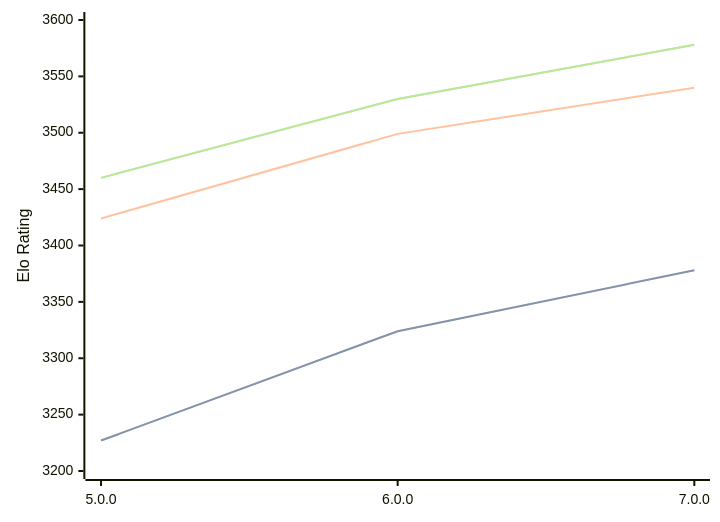
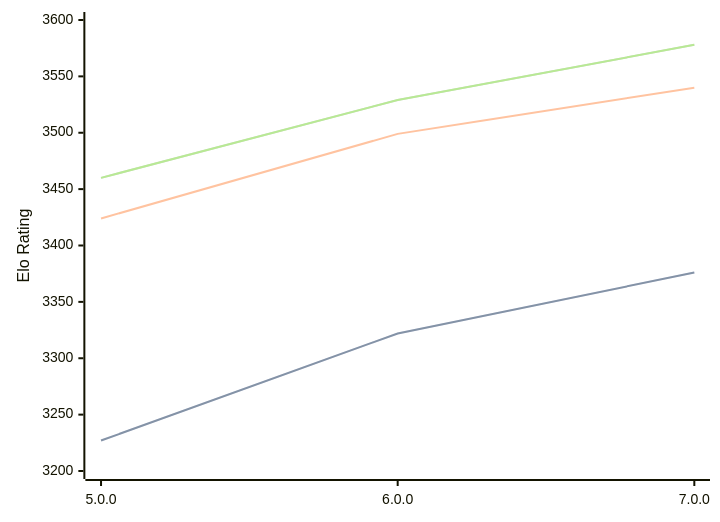
Before and after one commit to computer-chess-index/cci: the diagram in engines/Stormphrax.md, drawn with Mermaid. The commit also changed other lines of this file, not shown here.

Commit message:
Update CCI Ratings (ELO VLTC) - 2026-03-22

````diff
--- a/engines/Stormphrax.md
+++ b/engines/Stormphrax.md
@@ -38,11 +38,11 @@
 ```mermaid
 %%{init: {"theme":"base","themeVariables":{"seriesColors:['#a3a3a3','#222221','#faa371']}}}%%
 xychart-beta
   x-axis ["5.0.0", "6.0.0", "7.0.0"]
   y-axis "Elo Rating" 3200 --> 3600
-  line "STC (8.0+0.08s)" [3227, 3324, 3378]
-  line "STC (8.0+0.08s)" [3227, 3324, 3378]
+  line "STC (8.0+0.08s)" [3227, 3322, 3376]
+  line "STC (8.0+0.08s)" [3227, 3322, 3376]
   line "LTC (60.0+0.60s)" [3424, 3499, 3540]
-  line "VLTC (2m24s+1.12s)" [3460, 3530, 3578]
-  line "VLTC (2m24s+1.12s)" [3460, 3530, 3578]
+  line "VLTC (2m24s+1.12s)" [3460, 3529, 3578]
+  line "VLTC (2m24s+1.12s)" [3460, 3529, 3578]
 ```
````
